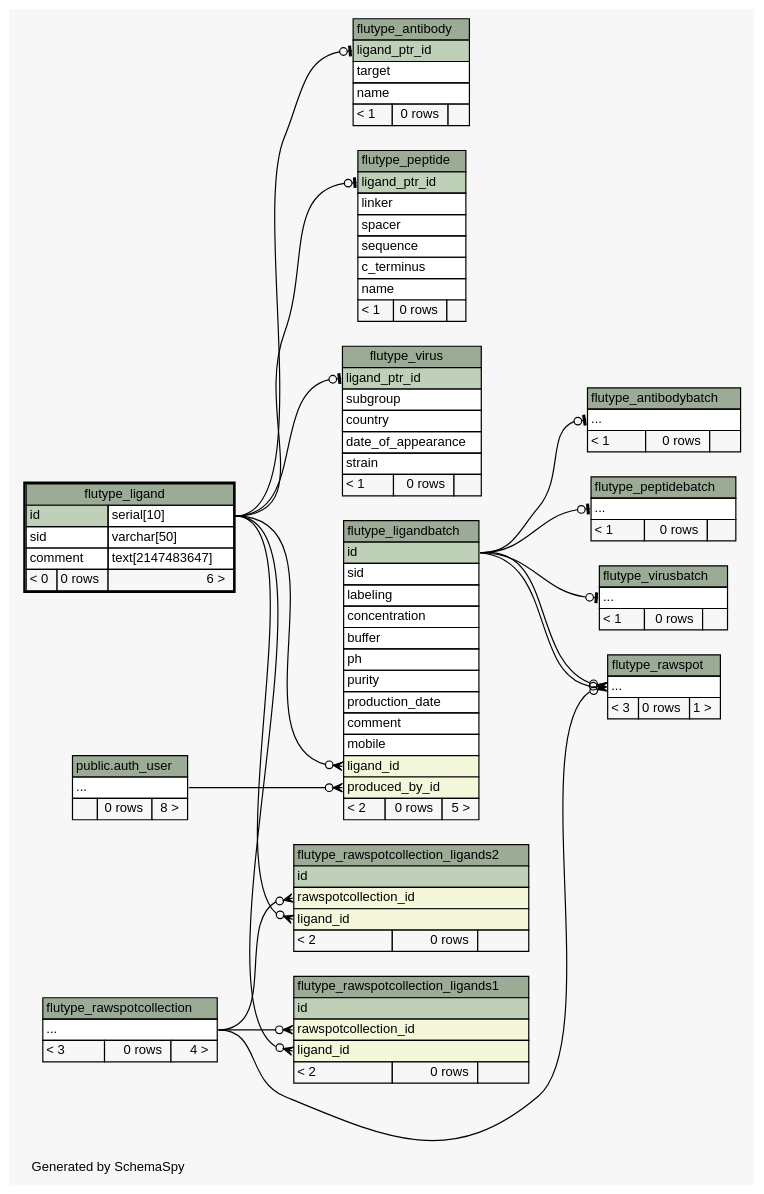
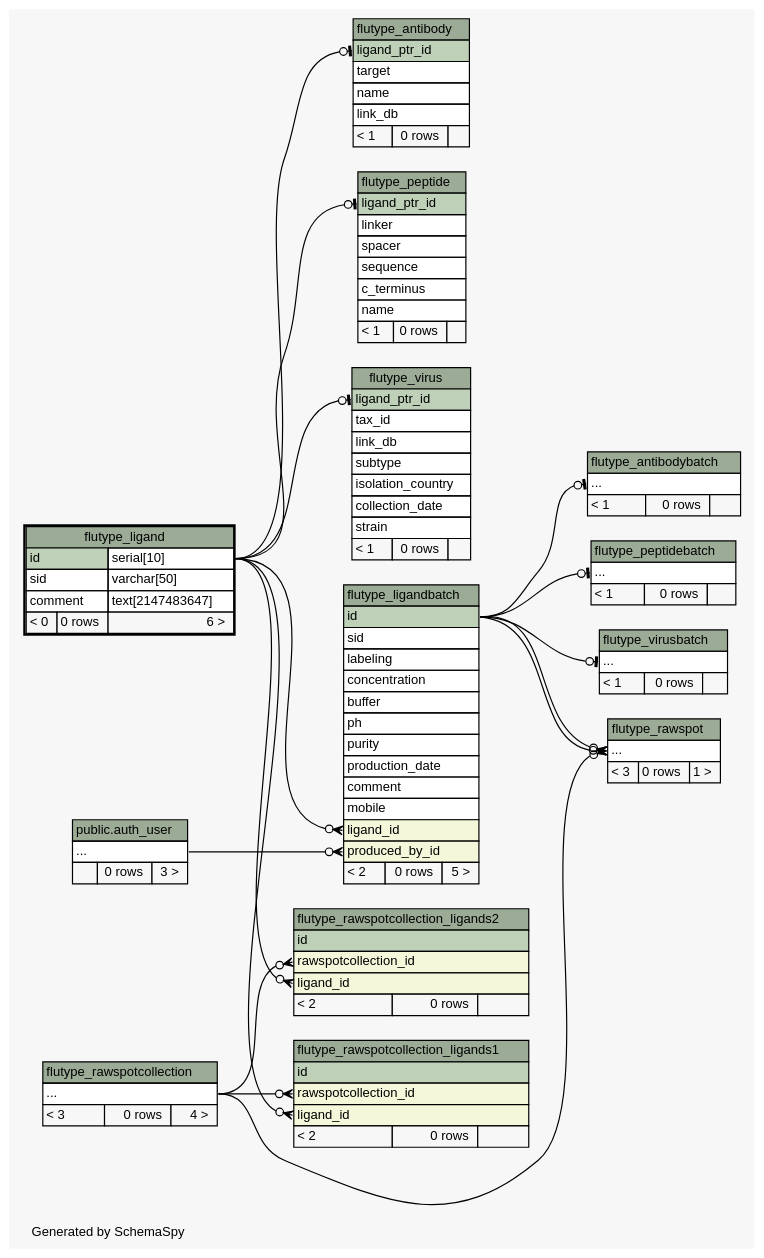
One commit to janekg89/flutype_webapp changed the diagram in docs/schema/diagrams/flutype_ligand.2degrees.dot. Above: the diagram before and after it, drawn with Graphviz. The commit also changed 127 other files, not shown here.

Commit message:
latest schema generated

```diff
--- a/docs/schema/diagrams/flutype_ligand.2degrees.dot
+++ b/docs/schema/diagrams/flutype_ligand.2degrees.dot
@@ -1,194 +1,197 @@
 // dot 2.38.0 on Linux 4.4.0-89-generic
 // SchemaSpy rev 590
 digraph "twoDegreesRelationshipsDiagram" {
   graph [
     rankdir="RL"
     bgcolor="#f7f7f7"
     label="\nGenerated by SchemaSpy"
     labeljust="l"
     nodesep="0.18"
     ranksep="0.46"
     fontname="Helvetica"
     fontsize="11"
   ];
   node [
     fontname="Helvetica"
     fontsize="11"
     shape="plaintext"
   ];
   edge [
     arrowsize="0.8"
   ];
   "flutype_antibody":"ligand_ptr_id":w -> "flutype_ligand":"id.type":e [arrowhead=none dir=back arrowtail=teeodot];
   "flutype_antibodybatch":"elipses":w -> "flutype_ligandbatch":"id":e [arrowhead=none dir=back arrowtail=teeodot];
   "flutype_ligandbatch":"ligand_id":w -> "flutype_ligand":"id.type":e [arrowhead=none dir=back arrowtail=crowodot];
   "flutype_ligandbatch":"produced_by_id":w -> "public.auth_user":"elipses":e [arrowhead=none dir=back arrowtail=crowodot];
   "flutype_peptide":"ligand_ptr_id":w -> "flutype_ligand":"id.type":e [arrowhead=none dir=back arrowtail=teeodot];
   "flutype_peptidebatch":"elipses":w -> "flutype_ligandbatch":"id":e [arrowhead=none dir=back arrowtail=teeodot];
   "flutype_rawspot":"elipses":w -> "flutype_ligandbatch":"id":e [arrowhead=none dir=back arrowtail=crowodot];
   "flutype_rawspot":"elipses":w -> "flutype_ligandbatch":"id":e [arrowhead=none dir=back arrowtail=crowodot];
   "flutype_rawspot":"elipses":w -> "flutype_rawspotcollection":"elipses":e [arrowhead=none dir=back arrowtail=crowodot];
   "flutype_rawspotcollection_ligands1":"ligand_id":w -> "flutype_ligand":"id.type":e [arrowhead=none dir=back arrowtail=crowodot];
   "flutype_rawspotcollection_ligands1":"rawspotcollection_id":w -> "flutype_rawspotcollection":"elipses":e [arrowhead=none dir=back arrowtail=crowodot];
   "flutype_rawspotcollection_ligands2":"ligand_id":w -> "flutype_ligand":"id.type":e [arrowhead=none dir=back arrowtail=crowodot];
   "flutype_rawspotcollection_ligands2":"rawspotcollection_id":w -> "flutype_rawspotcollection":"elipses":e [arrowhead=none dir=back arrowtail=crowodot];
   "flutype_virus":"ligand_ptr_id":w -> "flutype_ligand":"id.type":e [arrowhead=none dir=back arrowtail=teeodot];
   "flutype_virusbatch":"elipses":w -> "flutype_ligandbatch":"id":e [arrowhead=none dir=back arrowtail=teeodot];
   "public.auth_user" [
     label=<
     <TABLE BORDER="0" CELLBORDER="1" CELLSPACING="0" BGCOLOR="#ffffff">
       <TR><TD COLSPAN="3" BGCOLOR="#9bab96" ALIGN="CENTER">public.auth_user</TD></TR>
       <TR><TD PORT="elipses" COLSPAN="3" ALIGN="LEFT">...</TD></TR>
-      <TR><TD ALIGN="LEFT" BGCOLOR="#f7f7f7">  </TD><TD ALIGN="RIGHT" BGCOLOR="#f7f7f7">0 rows</TD><TD ALIGN="RIGHT" BGCOLOR="#f7f7f7">8 &gt;</TD></TR>
+      <TR><TD ALIGN="LEFT" BGCOLOR="#f7f7f7">  </TD><TD ALIGN="RIGHT" BGCOLOR="#f7f7f7">0 rows</TD><TD ALIGN="RIGHT" BGCOLOR="#f7f7f7">3 &gt;</TD></TR>
     </TABLE>>
     tooltip="public.auth_user"
   ];
   "flutype_antibody" [
     label=<
     <TABLE BORDER="0" CELLBORDER="1" CELLSPACING="0" BGCOLOR="#ffffff">
       <TR><TD COLSPAN="3" BGCOLOR="#9bab96" ALIGN="CENTER">flutype_antibody</TD></TR>
       <TR><TD PORT="ligand_ptr_id" COLSPAN="3" BGCOLOR="#bed1b8" ALIGN="LEFT">ligand_ptr_id</TD></TR>
       <TR><TD PORT="target" COLSPAN="3" ALIGN="LEFT">target</TD></TR>
       <TR><TD PORT="name" COLSPAN="3" ALIGN="LEFT">name</TD></TR>
+      <TR><TD PORT="link_db" COLSPAN="3" ALIGN="LEFT">link_db</TD></TR>
       <TR><TD ALIGN="LEFT" BGCOLOR="#f7f7f7">&lt; 1</TD><TD ALIGN="RIGHT" BGCOLOR="#f7f7f7">0 rows</TD><TD ALIGN="RIGHT" BGCOLOR="#f7f7f7">  </TD></TR>
     </TABLE>>
     URL="flutype_antibody.html"
     tooltip="flutype_antibody"
   ];
   "flutype_antibodybatch" [
     label=<
     <TABLE BORDER="0" CELLBORDER="1" CELLSPACING="0" BGCOLOR="#ffffff">
       <TR><TD COLSPAN="3" BGCOLOR="#9bab96" ALIGN="CENTER">flutype_antibodybatch</TD></TR>
       <TR><TD PORT="elipses" COLSPAN="3" ALIGN="LEFT">...</TD></TR>
       <TR><TD ALIGN="LEFT" BGCOLOR="#f7f7f7">&lt; 1</TD><TD ALIGN="RIGHT" BGCOLOR="#f7f7f7">0 rows</TD><TD ALIGN="RIGHT" BGCOLOR="#f7f7f7">  </TD></TR>
     </TABLE>>
     URL="flutype_antibodybatch.html"
     tooltip="flutype_antibodybatch"
   ];
   "flutype_ligand" [
     label=<
     <TABLE BORDER="2" CELLBORDER="1" CELLSPACING="0" BGCOLOR="#ffffff">
       <TR><TD COLSPAN="3" BGCOLOR="#9bab96" ALIGN="CENTER">flutype_ligand</TD></TR>
       <TR><TD PORT="id" COLSPAN="2" BGCOLOR="#bed1b8" ALIGN="LEFT">id</TD><TD PORT="id.type" ALIGN="LEFT">serial[10]</TD></TR>
       <TR><TD PORT="sid" COLSPAN="2" ALIGN="LEFT">sid</TD><TD PORT="sid.type" ALIGN="LEFT">varchar[50]</TD></TR>
       <TR><TD PORT="comment" COLSPAN="2" ALIGN="LEFT">comment</TD><TD PORT="comment.type" ALIGN="LEFT">text[2147483647]</TD></TR>
       <TR><TD ALIGN="LEFT" BGCOLOR="#f7f7f7">&lt; 0</TD><TD ALIGN="RIGHT" BGCOLOR="#f7f7f7">0 rows</TD><TD ALIGN="RIGHT" BGCOLOR="#f7f7f7">6 &gt;</TD></TR>
     </TABLE>>
     URL="flutype_ligand.html"
     tooltip="flutype_ligand"
   ];
   "flutype_ligandbatch" [
     label=<
     <TABLE BORDER="0" CELLBORDER="1" CELLSPACING="0" BGCOLOR="#ffffff">
       <TR><TD COLSPAN="3" BGCOLOR="#9bab96" ALIGN="CENTER">flutype_ligandbatch</TD></TR>
       <TR><TD PORT="id" COLSPAN="3" BGCOLOR="#bed1b8" ALIGN="LEFT">id</TD></TR>
       <TR><TD PORT="sid" COLSPAN="3" ALIGN="LEFT">sid</TD></TR>
       <TR><TD PORT="labeling" COLSPAN="3" ALIGN="LEFT">labeling</TD></TR>
       <TR><TD PORT="concentration" COLSPAN="3" ALIGN="LEFT">concentration</TD></TR>
       <TR><TD PORT="buffer" COLSPAN="3" ALIGN="LEFT">buffer</TD></TR>
       <TR><TD PORT="ph" COLSPAN="3" ALIGN="LEFT">ph</TD></TR>
       <TR><TD PORT="purity" COLSPAN="3" ALIGN="LEFT">purity</TD></TR>
       <TR><TD PORT="production_date" COLSPAN="3" ALIGN="LEFT">production_date</TD></TR>
       <TR><TD PORT="comment" COLSPAN="3" ALIGN="LEFT">comment</TD></TR>
       <TR><TD PORT="mobile" COLSPAN="3" ALIGN="LEFT">mobile</TD></TR>
       <TR><TD PORT="ligand_id" COLSPAN="3" BGCOLOR="#f4f7da" ALIGN="LEFT">ligand_id</TD></TR>
       <TR><TD PORT="produced_by_id" COLSPAN="3" BGCOLOR="#f4f7da" ALIGN="LEFT">produced_by_id</TD></TR>
       <TR><TD ALIGN="LEFT" BGCOLOR="#f7f7f7">&lt; 2</TD><TD ALIGN="RIGHT" BGCOLOR="#f7f7f7">0 rows</TD><TD ALIGN="RIGHT" BGCOLOR="#f7f7f7">5 &gt;</TD></TR>
     </TABLE>>
     URL="flutype_ligandbatch.html"
     tooltip="flutype_ligandbatch"
   ];
   "flutype_peptide" [
     label=<
     <TABLE BORDER="0" CELLBORDER="1" CELLSPACING="0" BGCOLOR="#ffffff">
       <TR><TD COLSPAN="3" BGCOLOR="#9bab96" ALIGN="CENTER">flutype_peptide</TD></TR>
       <TR><TD PORT="ligand_ptr_id" COLSPAN="3" BGCOLOR="#bed1b8" ALIGN="LEFT">ligand_ptr_id</TD></TR>
       <TR><TD PORT="linker" COLSPAN="3" ALIGN="LEFT">linker</TD></TR>
       <TR><TD PORT="spacer" COLSPAN="3" ALIGN="LEFT">spacer</TD></TR>
       <TR><TD PORT="sequence" COLSPAN="3" ALIGN="LEFT">sequence</TD></TR>
       <TR><TD PORT="c_terminus" COLSPAN="3" ALIGN="LEFT">c_terminus</TD></TR>
       <TR><TD PORT="name" COLSPAN="3" ALIGN="LEFT">name</TD></TR>
       <TR><TD ALIGN="LEFT" BGCOLOR="#f7f7f7">&lt; 1</TD><TD ALIGN="RIGHT" BGCOLOR="#f7f7f7">0 rows</TD><TD ALIGN="RIGHT" BGCOLOR="#f7f7f7">  </TD></TR>
     </TABLE>>
     URL="flutype_peptide.html"
     tooltip="flutype_peptide"
   ];
   "flutype_peptidebatch" [
     label=<
     <TABLE BORDER="0" CELLBORDER="1" CELLSPACING="0" BGCOLOR="#ffffff">
       <TR><TD COLSPAN="3" BGCOLOR="#9bab96" ALIGN="CENTER">flutype_peptidebatch</TD></TR>
       <TR><TD PORT="elipses" COLSPAN="3" ALIGN="LEFT">...</TD></TR>
       <TR><TD ALIGN="LEFT" BGCOLOR="#f7f7f7">&lt; 1</TD><TD ALIGN="RIGHT" BGCOLOR="#f7f7f7">0 rows</TD><TD ALIGN="RIGHT" BGCOLOR="#f7f7f7">  </TD></TR>
     </TABLE>>
     URL="flutype_peptidebatch.html"
     tooltip="flutype_peptidebatch"
   ];
   "flutype_rawspot" [
     label=<
     <TABLE BORDER="0" CELLBORDER="1" CELLSPACING="0" BGCOLOR="#ffffff">
       <TR><TD COLSPAN="3" BGCOLOR="#9bab96" ALIGN="CENTER">flutype_rawspot</TD></TR>
       <TR><TD PORT="elipses" COLSPAN="3" ALIGN="LEFT">...</TD></TR>
       <TR><TD ALIGN="LEFT" BGCOLOR="#f7f7f7">&lt; 3</TD><TD ALIGN="RIGHT" BGCOLOR="#f7f7f7">0 rows</TD><TD ALIGN="RIGHT" BGCOLOR="#f7f7f7">1 &gt;</TD></TR>
     </TABLE>>
     URL="flutype_rawspot.html"
     tooltip="flutype_rawspot"
   ];
   "flutype_rawspotcollection" [
     label=<
     <TABLE BORDER="0" CELLBORDER="1" CELLSPACING="0" BGCOLOR="#ffffff">
       <TR><TD COLSPAN="3" BGCOLOR="#9bab96" ALIGN="CENTER">flutype_rawspotcollection</TD></TR>
       <TR><TD PORT="elipses" COLSPAN="3" ALIGN="LEFT">...</TD></TR>
       <TR><TD ALIGN="LEFT" BGCOLOR="#f7f7f7">&lt; 3</TD><TD ALIGN="RIGHT" BGCOLOR="#f7f7f7">0 rows</TD><TD ALIGN="RIGHT" BGCOLOR="#f7f7f7">4 &gt;</TD></TR>
     </TABLE>>
     URL="flutype_rawspotcollection.html"
     tooltip="flutype_rawspotcollection"
   ];
   "flutype_rawspotcollection_ligands1" [
     label=<
     <TABLE BORDER="0" CELLBORDER="1" CELLSPACING="0" BGCOLOR="#ffffff">
       <TR><TD COLSPAN="3" BGCOLOR="#9bab96" ALIGN="CENTER">flutype_rawspotcollection_ligands1</TD></TR>
       <TR><TD PORT="id" COLSPAN="3" BGCOLOR="#bed1b8" ALIGN="LEFT">id</TD></TR>
       <TR><TD PORT="rawspotcollection_id" COLSPAN="3" BGCOLOR="#f4f7da" ALIGN="LEFT">rawspotcollection_id</TD></TR>
       <TR><TD PORT="ligand_id" COLSPAN="3" BGCOLOR="#f4f7da" ALIGN="LEFT">ligand_id</TD></TR>
       <TR><TD ALIGN="LEFT" BGCOLOR="#f7f7f7">&lt; 2</TD><TD ALIGN="RIGHT" BGCOLOR="#f7f7f7">0 rows</TD><TD ALIGN="RIGHT" BGCOLOR="#f7f7f7">  </TD></TR>
     </TABLE>>
     URL="flutype_rawspotcollection_ligands1.html"
     tooltip="flutype_rawspotcollection_ligands1"
   ];
   "flutype_rawspotcollection_ligands2" [
     label=<
     <TABLE BORDER="0" CELLBORDER="1" CELLSPACING="0" BGCOLOR="#ffffff">
       <TR><TD COLSPAN="3" BGCOLOR="#9bab96" ALIGN="CENTER">flutype_rawspotcollection_ligands2</TD></TR>
       <TR><TD PORT="id" COLSPAN="3" BGCOLOR="#bed1b8" ALIGN="LEFT">id</TD></TR>
       <TR><TD PORT="rawspotcollection_id" COLSPAN="3" BGCOLOR="#f4f7da" ALIGN="LEFT">rawspotcollection_id</TD></TR>
       <TR><TD PORT="ligand_id" COLSPAN="3" BGCOLOR="#f4f7da" ALIGN="LEFT">ligand_id</TD></TR>
       <TR><TD ALIGN="LEFT" BGCOLOR="#f7f7f7">&lt; 2</TD><TD ALIGN="RIGHT" BGCOLOR="#f7f7f7">0 rows</TD><TD ALIGN="RIGHT" BGCOLOR="#f7f7f7">  </TD></TR>
     </TABLE>>
     URL="flutype_rawspotcollection_ligands2.html"
     tooltip="flutype_rawspotcollection_ligands2"
   ];
   "flutype_virus" [
     label=<
     <TABLE BORDER="0" CELLBORDER="1" CELLSPACING="0" BGCOLOR="#ffffff">
       <TR><TD COLSPAN="3" BGCOLOR="#9bab96" ALIGN="CENTER">flutype_virus</TD></TR>
       <TR><TD PORT="ligand_ptr_id" COLSPAN="3" BGCOLOR="#bed1b8" ALIGN="LEFT">ligand_ptr_id</TD></TR>
-      <TR><TD PORT="subgroup" COLSPAN="3" ALIGN="LEFT">subgroup</TD></TR>
-      <TR><TD PORT="country" COLSPAN="3" ALIGN="LEFT">country</TD></TR>
-      <TR><TD PORT="date_of_appearance" COLSPAN="3" ALIGN="LEFT">date_of_appearance</TD></TR>
+      <TR><TD PORT="tax_id" COLSPAN="3" ALIGN="LEFT">tax_id</TD></TR>
+      <TR><TD PORT="link_db" COLSPAN="3" ALIGN="LEFT">link_db</TD></TR>
+      <TR><TD PORT="subtype" COLSPAN="3" ALIGN="LEFT">subtype</TD></TR>
+      <TR><TD PORT="isolation_country" COLSPAN="3" ALIGN="LEFT">isolation_country</TD></TR>
+      <TR><TD PORT="collection_date" COLSPAN="3" ALIGN="LEFT">collection_date</TD></TR>
       <TR><TD PORT="strain" COLSPAN="3" ALIGN="LEFT">strain</TD></TR>
       <TR><TD ALIGN="LEFT" BGCOLOR="#f7f7f7">&lt; 1</TD><TD ALIGN="RIGHT" BGCOLOR="#f7f7f7">0 rows</TD><TD ALIGN="RIGHT" BGCOLOR="#f7f7f7">  </TD></TR>
     </TABLE>>
     URL="flutype_virus.html"
     tooltip="flutype_virus"
   ];
   "flutype_virusbatch" [
     label=<
     <TABLE BORDER="0" CELLBORDER="1" CELLSPACING="0" BGCOLOR="#ffffff">
       <TR><TD COLSPAN="3" BGCOLOR="#9bab96" ALIGN="CENTER">flutype_virusbatch</TD></TR>
       <TR><TD PORT="elipses" COLSPAN="3" ALIGN="LEFT">...</TD></TR>
       <TR><TD ALIGN="LEFT" BGCOLOR="#f7f7f7">&lt; 1</TD><TD ALIGN="RIGHT" BGCOLOR="#f7f7f7">0 rows</TD><TD ALIGN="RIGHT" BGCOLOR="#f7f7f7">  </TD></TR>
     </TABLE>>
     URL="flutype_virusbatch.html"
     tooltip="flutype_virusbatch"
   ];
 }
```
